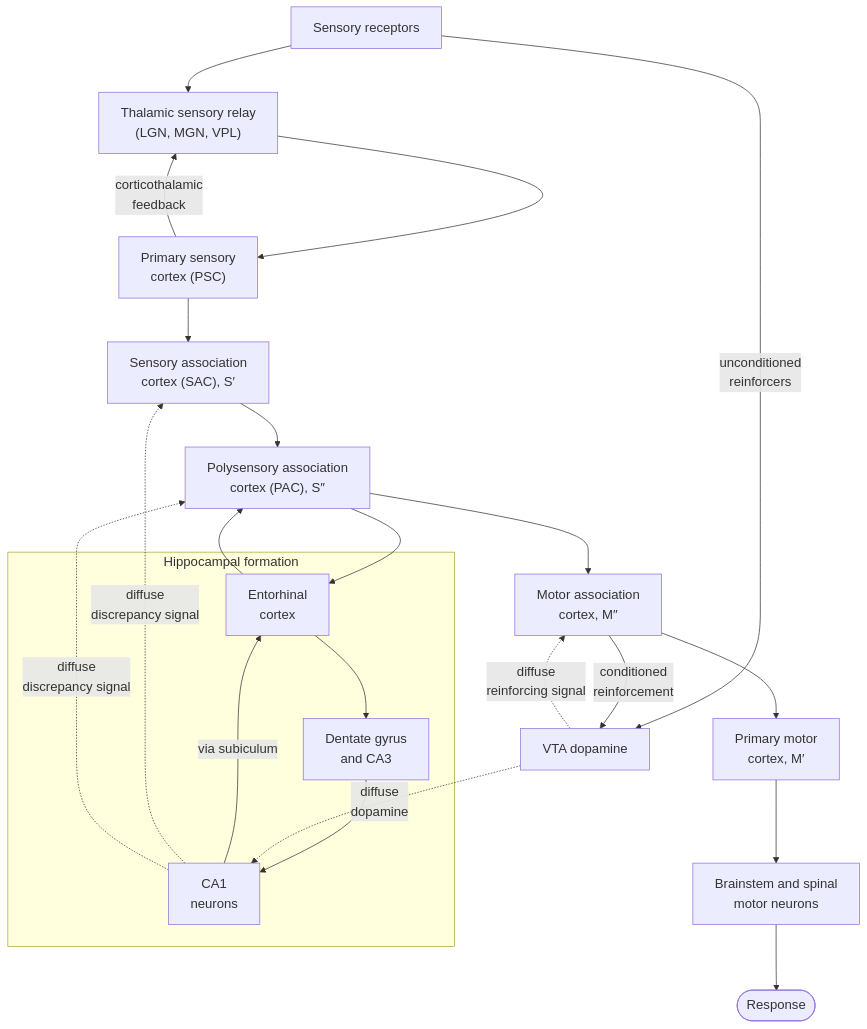
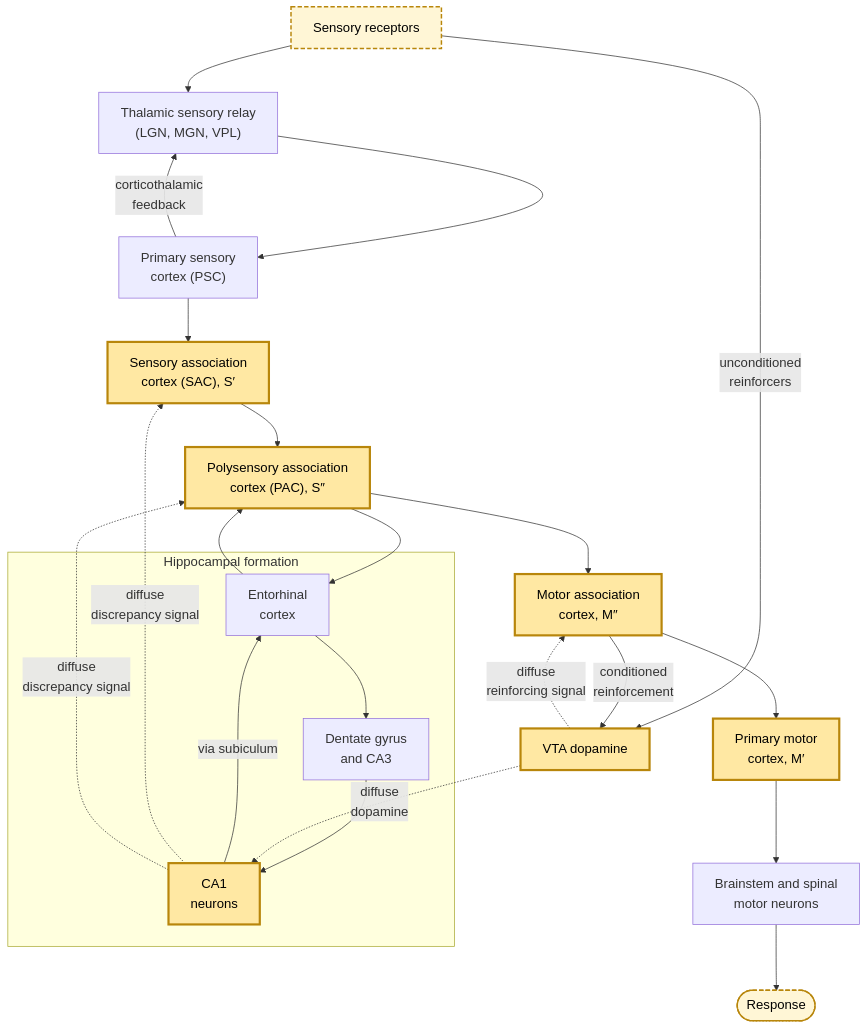
Before and after one commit to BehaviorAnalysisSimulation/LiteratureAndPlanning: the second of 5 diagrams in Diagrams/NeuralArchitecture/neural_architecture_reference.md, drawn with Mermaid. The commit also changed other lines of this file and 1 other file, not shown here.

````diff
--- a/Diagrams/NeuralArchitecture/neural_architecture_reference.md
+++ b/Diagrams/NeuralArchitecture/neural_architecture_reference.md
@@ -59,31 +76,37 @@
 ```mermaid
 %%{init: {"flowchart": {"useMaxWidth": false, "nodeSpacing": 50, "rankSpacing": 60}, "themeVariables": {"fontSize": "18px"}}}%%
 flowchart TD
     REC["Sensory receptors"] --> TS["Thalamic sensory relay<br/>(LGN, MGN, VPL)"]
     TS --> PSC["Primary sensory<br/>cortex (PSC)"]
     PSC -->|"corticothalamic<br/>feedback"| TS
     PSC --> SAC["Sensory association<br/>cortex (SAC), S′"]
     SAC --> PAC["Polysensory association<br/>cortex (PAC), S″"]
 
     subgraph HPC["Hippocampal formation"]
         EC["Entorhinal<br/>cortex"]
         DG["Dentate gyrus<br/>and CA3"]
         CA1["CA1<br/>neurons"]
     end
 
     PAC --> EC --> DG --> CA1
     CA1 -->|"via subiculum"| EC
     EC --> PAC
     CA1 -.->|"diffuse<br/>discrepancy signal"| SAC
     CA1 -.->|"diffuse<br/>discrepancy signal"| PAC
 
     PAC --> MA["Motor association<br/>cortex, M″"]
     MA --> M1["Primary motor<br/>cortex, M′"]
     M1 --> SP["Brainstem and spinal<br/>motor neurons"]
     SP --> RESP(["Response"])
 
     REC -->|"unconditioned<br/>reinforcers"| VTA["VTA dopamine"]
     MA -->|"conditioned<br/>reinforcement"| VTA
     VTA -.->|"diffuse<br/>reinforcing signal"| MA
     VTA -.->|"diffuse<br/>dopamine"| CA1
+
+    %% Selection-network styling
+    classDef donahoe fill:#FFE8A3,stroke:#B8860B,stroke-width:3px,color:#000
+    classDef donahoeIO fill:#FFF6D6,stroke:#B8860B,stroke-width:2px,stroke-dasharray:6 3,color:#000
+    class SAC,PAC,CA1,MA,M1,VTA donahoe
+    class REC,RESP donahoeIO
 ```
````
